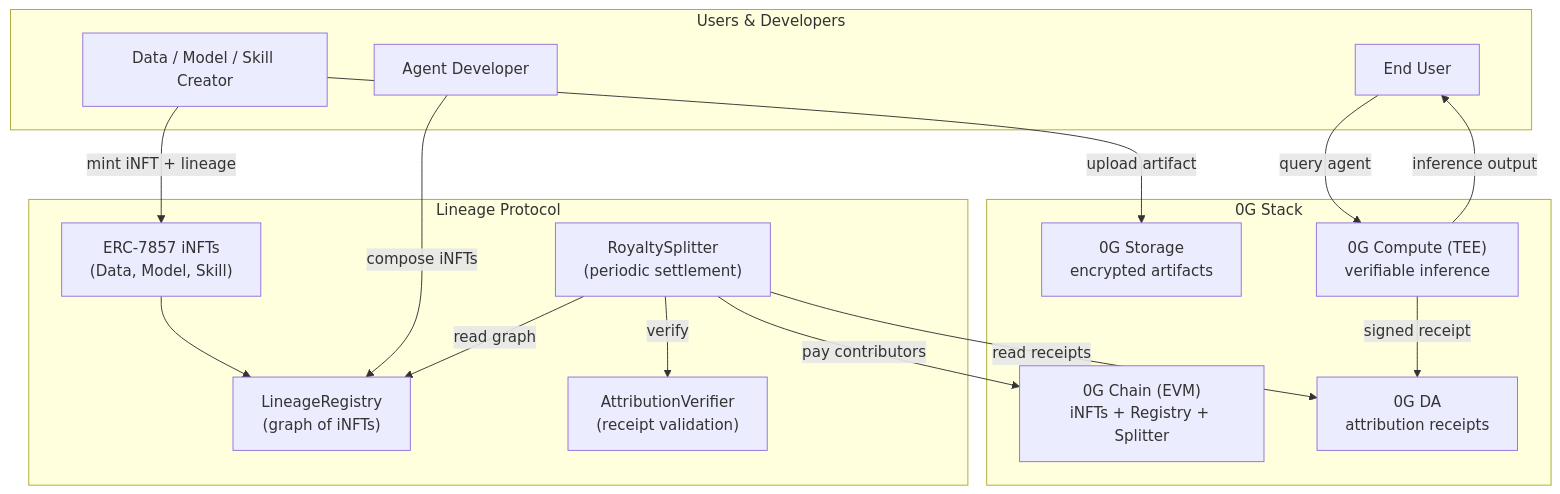
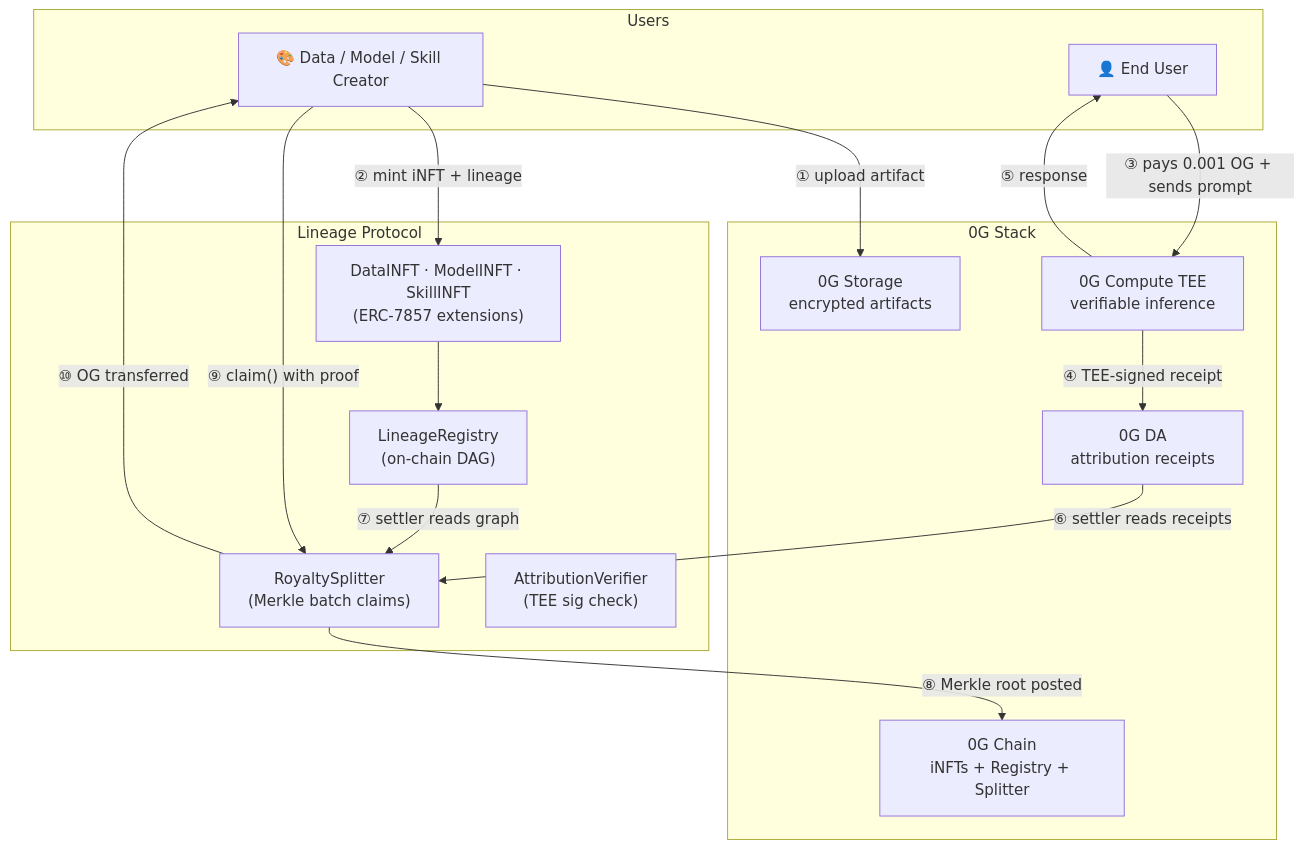
One commit to jatinsahijwani/lineage changed the first of 3 diagrams in README.md. Above: the diagram before and after it, drawn with Mermaid. The commit also changed other lines of this file, not shown here.

````diff
--- a/README.md
+++ b/README.md
@@ -74,34 +56,33 @@
 ```mermaid
 flowchart TB
-    subgraph Users["Users & Developers"]
-        Creator["Data / Model / Skill Creator"]
-        AgentDev["Agent Developer"]
-        EndUser["End User"]
+    subgraph Users
+        Creator["🎨 Data / Model / Skill Creator"]
+        EndUser["👤 End User"]
     end
 
     subgraph Lineage["Lineage Protocol"]
-        Registry["LineageRegistry<br/>(graph of iNFTs)"]
-        ERC7857L["ERC-7857 iNFTs<br/>(Data, Model, Skill)"]
-        Splitter["RoyaltySplitter<br/>(periodic settlement)"]
-        Verifier["AttributionVerifier<br/>(receipt validation)"]
+        Registry["LineageRegistry\n(on-chain DAG)"]
+        INFT["DataINFT · ModelINFT · SkillINFT\n(ERC-7857 extensions)"]
+        Splitter["RoyaltySplitter\n(Merkle batch claims)"]
+        Verifier["AttributionVerifier\n(TEE sig check)"]
     end
 
     subgraph ZeroG["0G Stack"]
-        Chain["0G Chain (EVM)<br/>iNFTs + Registry + Splitter"]
-        Storage["0G Storage<br/>encrypted artifacts"]
-        DA["0G DA<br/>attribution receipts"]
-        Compute["0G Compute (TEE)<br/>verifiable inference"]
+        Chain["0G Chain\niNFTs + Registry + Splitter"]
+        Storage["0G Storage\nencrypted artifacts"]
+        DA["0G DA\nattribution receipts"]
+        Compute["0G Compute TEE\nverifiable inference"]
     end
 
-    Creator -->|upload artifact| Storage
-    Creator -->|mint iNFT + lineage| ERC7857L
-    ERC7857L --> Registry
-    AgentDev -->|compose iNFTs| Registry
-    EndUser -->|query agent| Compute
-    Compute -->|signed receipt| DA
-    Compute -->|inference output| EndUser
-    Splitter -->|read receipts| DA
-    Splitter -->|read graph| Registry
-    Splitter -->|verify| Verifier
-    Splitter -->|pay contributors| Chain
+    Creator -->|"① upload artifact"| Storage
+    Creator -->|"② mint iNFT + lineage"| INFT
+    INFT --> Registry
+    EndUser -->|"③ pays 0.001 OG + sends prompt"| Compute
+    Compute -->|"④ TEE-signed receipt"| DA
+    Compute -->|"⑤ response"| EndUser
+    DA -->|"⑥ settler reads receipts"| Splitter
+    Registry -->|"⑦ settler reads graph"| Splitter
+    Splitter -->|"⑧ Merkle root posted"| Chain
+    Creator -->|"⑨ claim() with proof"| Splitter
+    Splitter -->|"⑩ OG transferred"| Creator
 ```
````
